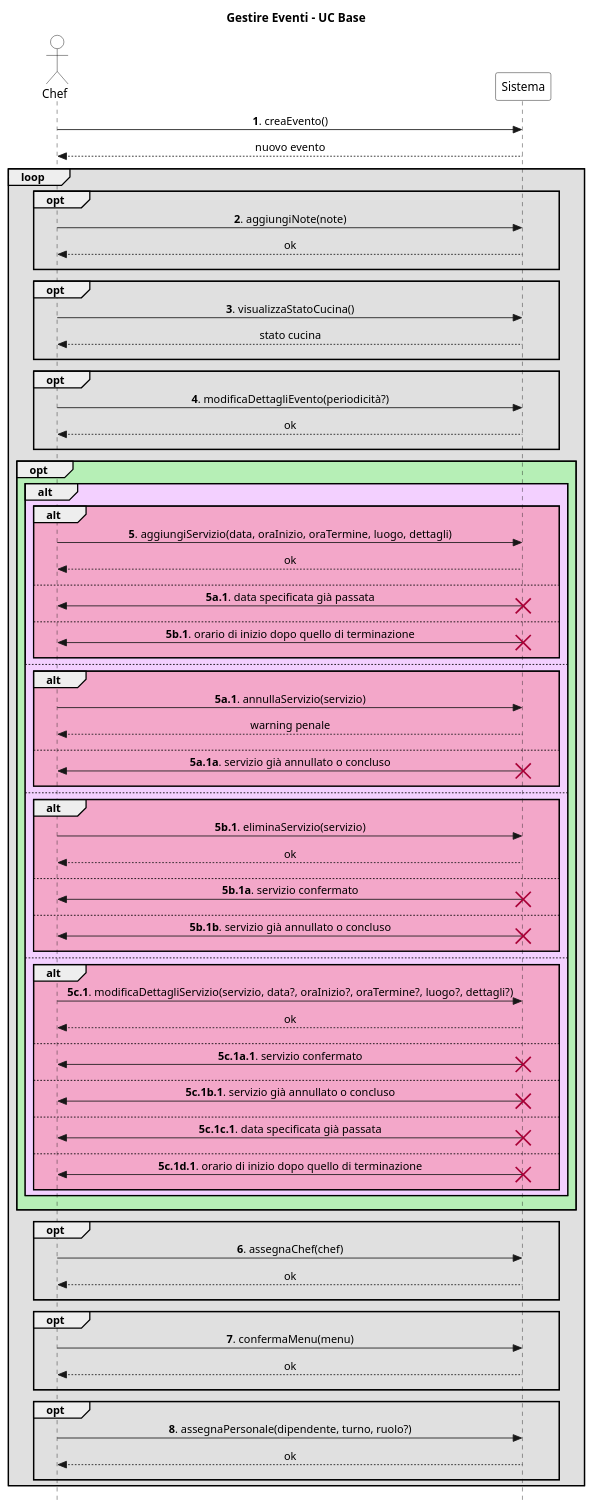
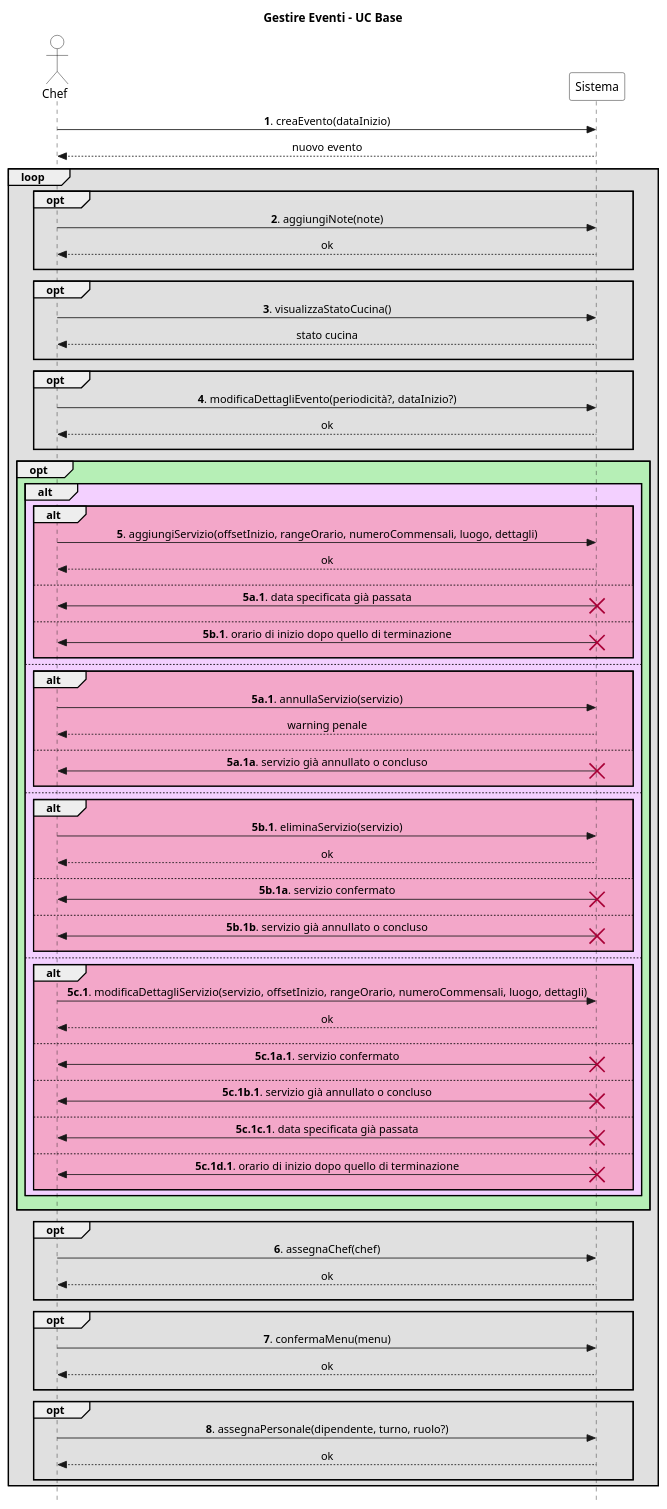
The diagram in UP/Requisiti/UC Gestire Eventi/SSD/Estensioni-Eccezioni Op5.puml (stefa168/sas-project), drawn with PlantUML before and after one commit. The commit also changed 4 other files, not shown here.

```diff
--- a/UP/Requisiti/UC Gestire Eventi/SSD/Estensioni-Eccezioni Op5.puml
+++ b/UP/Requisiti/UC Gestire Eventi/SSD/Estensioni-Eccezioni Op5.puml
@@ -1,122 +1,122 @@
 @startuml
 skinparam Style strictuml
 skinparam SequenceMessageAlign center
 
 skinparam sequence {
     ActorBorderColor Black
     ActorBackgroundColor White
     ParticipantBorderColor Black
     ParticipantBackgroundColor White
 }
 
 actor Chef
 participant Sistema
 
 title Gestire Eventi - UC Base
 
-Chef -> Sistema: **1**. creaEvento()
+Chef -> Sistema: **1**. creaEvento(dataInizio)
 return nuovo evento
 
 loop #e0e0e0
     opt #e0e0e0
         Chef -> Sistema: **2**. aggiungiNote(note)
         return ok
         ||10||
     end
 
     opt #e0e0e0
         Chef -> Sistema: **3**. visualizzaStatoCucina()
         return stato cucina
         ||10||
     end
 
     opt #e0e0e0
-        Chef -> Sistema: **4**. modificaDettagliEvento(periodicità?)
+        Chef -> Sistema: **4**. modificaDettagliEvento(periodicità?, dataInizio?)
         return ok
         ||10||
     end
 
     opt #b6efb6
         alt #f3d0ff
             alt #f3a7c9
-                Chef -> Sistema: **5**. aggiungiServizio(data, oraInizio, oraTermine, luogo, dettagli)
+                Chef -> Sistema: **5**. aggiungiServizio(offsetInizio, rangeOrario, numeroCommensali, luogo, dettagli)
                 return ok
                 ||10||
             else
                 Chef <- Sistema: **5a.1**. data specificata già passata
                 destroy Sistema
                 ||10||
             else
                 Chef <- Sistema: **5b.1**. orario di inizio dopo quello di terminazione
                 destroy Sistema
                 ||10||
             end
         else
             alt #f3a7c9
                 Chef -> Sistema: **5a.1**. annullaServizio(servizio)
                 return warning penale
                 ||10||
             else
                 Chef <- Sistema: **5a.1a**. servizio già annullato o concluso
                 destroy Sistema
                 ||10||
             end
         else
             alt #f3a7c9
                 Chef -> Sistema: **5b.1**. eliminaServizio(servizio)
                 return ok
                 ||10||
             else
                 Chef <- Sistema: **5b.1a**. servizio confermato
                 destroy Sistema
                 ||10||
             else
                 Chef <- Sistema: **5b.1b**. servizio già annullato o concluso
                 destroy Sistema
                 ||10||
             end
         else
             alt #f3a7c9
-                Chef -> Sistema: **5c.1**. modificaDettagliServizio(servizio, data?, oraInizio?, oraTermine?, luogo?, dettagli?)
+                Chef -> Sistema: **5c.1**. modificaDettagliServizio(servizio, offsetInizio, rangeOrario, numeroCommensali, luogo, dettagli)
                 return ok
                 ||10||
             else
                 Chef <- Sistema: **5c.1a.1**. servizio confermato
                 destroy Sistema
                 ||10||
             else
                 Chef <- Sistema: **5c.1b.1**. servizio già annullato o concluso
                 destroy Sistema
                 ||10||
             else
                 Chef <- Sistema: **5c.1c.1**. data specificata già passata
                 destroy Sistema
                 ||10||
             else
                 Chef <- Sistema: **5c.1d.1**. orario di inizio dopo quello di terminazione
                 destroy Sistema
                 ||10||
             end
         end
         ||10||
     end
 
     opt #e0e0e0
         Chef -> Sistema: **6**. assegnaChef(chef)
         return ok
         ||10||
     end
 
     opt #e0e0e0
         Chef -> Sistema: **7**. confermaMenu(menu)
         return ok
         ||10||
     end
 
     opt #e0e0e0
         Chef -> Sistema: **8**. assegnaPersonale(dipendente, turno, ruolo?)
         return ok
         ||10||
     end
 end
 @enduml
```
